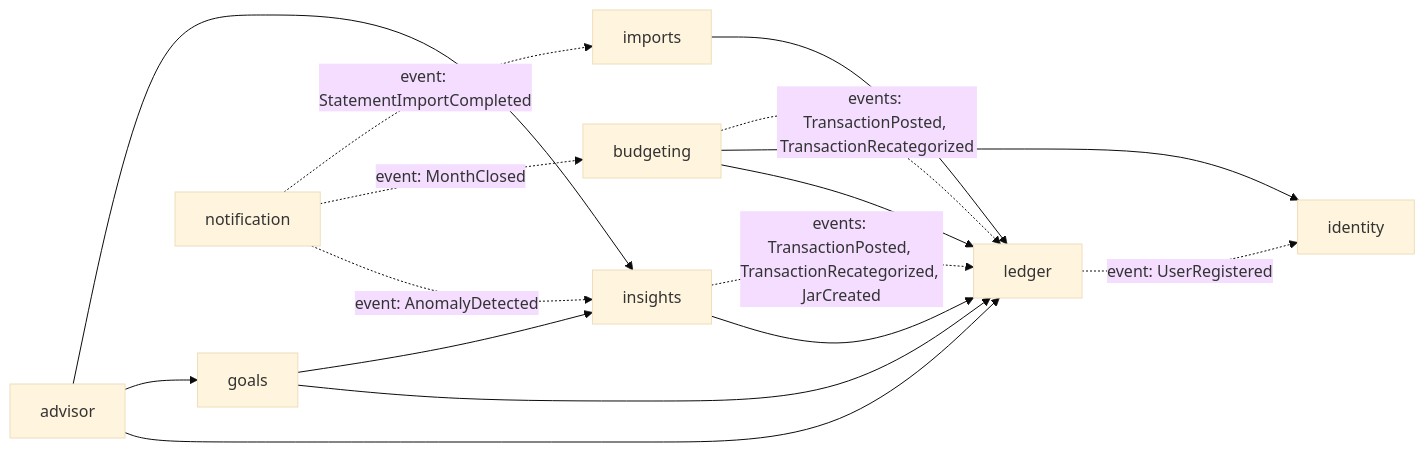
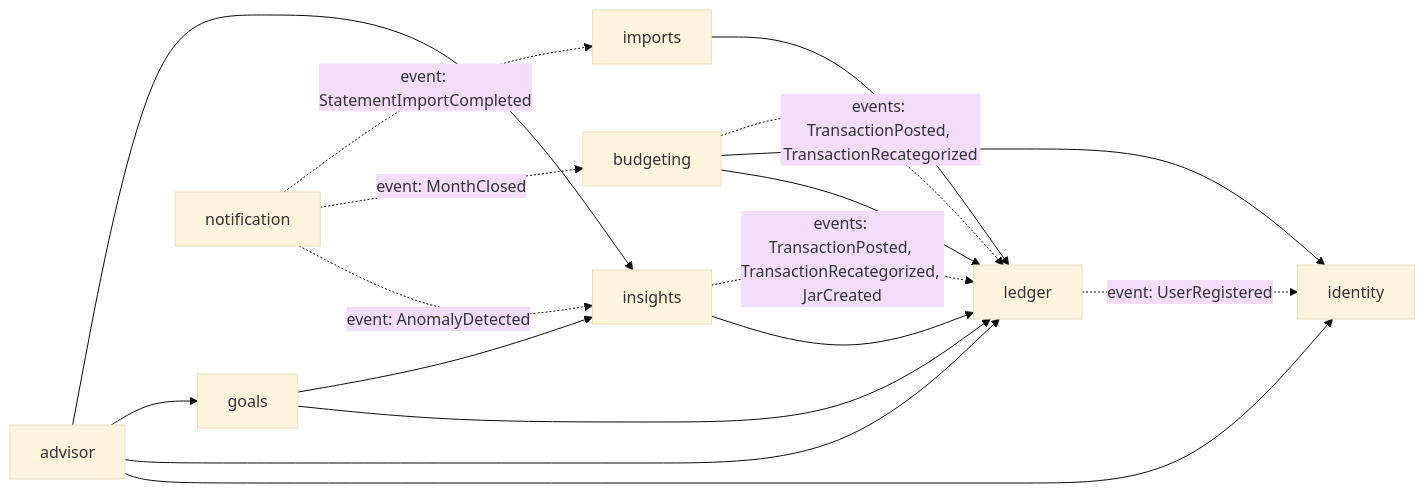
The diagram in docs/02-architecture/modules.md (thphuc06/jar-platform), drawn with Mermaid (base theme) before and after one commit. The commit also changed other lines of this file and 58 other files, not shown here.

````diff
--- a/docs/02-architecture/modules.md
+++ b/docs/02-architecture/modules.md
@@ -52,19 +52,20 @@
 ```mermaid
 flowchart LR
     identity
     budgeting --> ledger
     budgeting --> identity
     goals --> ledger
     goals --> insights
     insights --> ledger
     imports --> ledger
+    advisor --> identity
     advisor --> ledger
     advisor --> goals
     advisor --> insights
     ledger -. "event: UserRegistered" .-> identity
     budgeting -. "events: TransactionPosted, TransactionRecategorized" .-> ledger
     insights -. "events: TransactionPosted, TransactionRecategorized, JarCreated" .-> ledger
     notification -. "event: AnomalyDetected" .-> insights
     notification -. "event: MonthClosed" .-> budgeting
     notification -. "event: StatementImportCompleted" .-> imports
 ```
````
